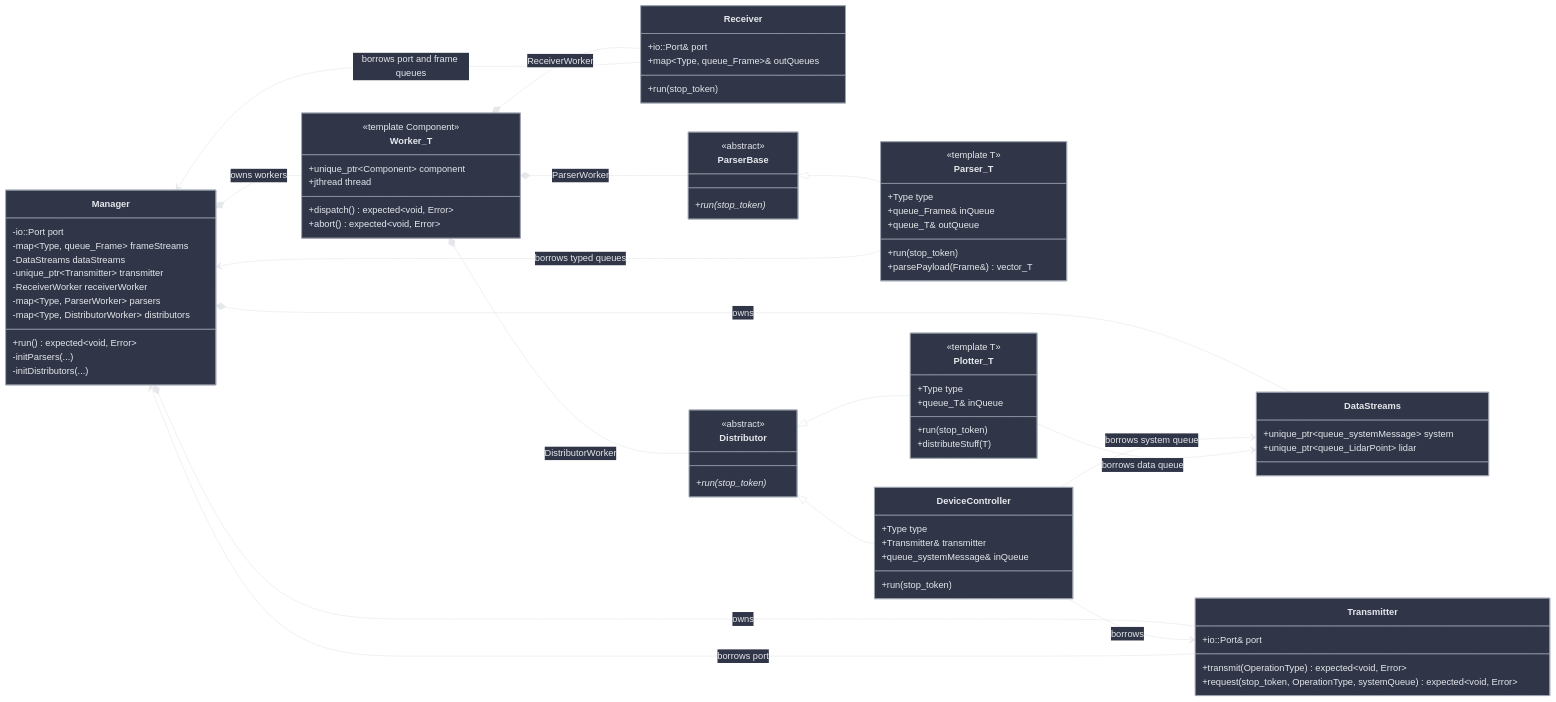
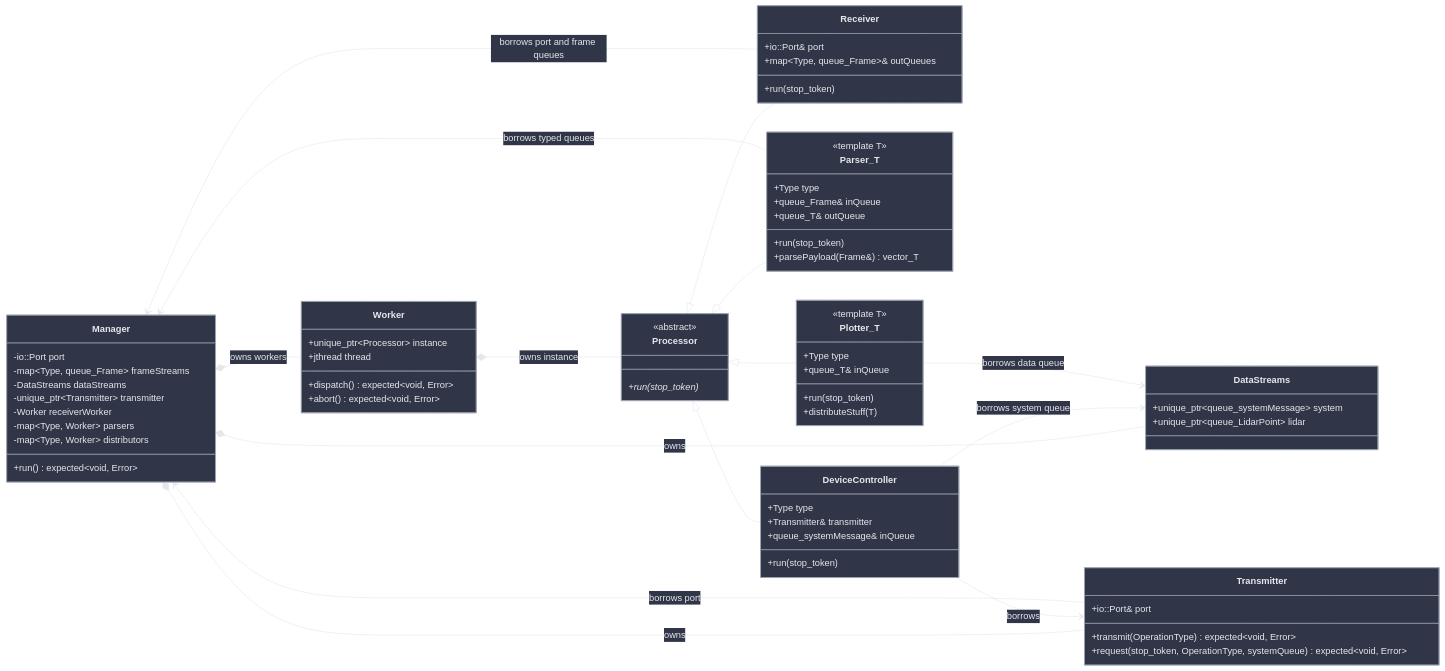
Before and after one commit to kei185/sensor-flow: the first of 3 diagrams in docs/architecture.md, drawn with Mermaid. The commit also changed other lines of this file and 10 other files, not shown here.

```diff
--- a/docs/architecture.md
+++ b/docs/architecture.md
@@ -14,17 +14,14 @@
         -map~Type, queue_Frame~ frameStreams
         -DataStreams dataStreams
         -unique_ptr~Transmitter~ transmitter
-        -ReceiverWorker receiverWorker
-        -map~Type, ParserWorker~ parsers
-        -map~Type, DistributorWorker~ distributors
+        -Worker receiverWorker
+        -map~Type, Worker~ parsers
+        -map~Type, Worker~ distributors
         +run() expected~void, Error~
-        -initParsers(...)
-        -initDistributors(...)
     }
 
-    class Worker_T {
-        <<template Component>>
-        +unique_ptr~Component~ component
+    class Worker {
+        +unique_ptr~Processor~ instance
         +jthread thread
         +dispatch() expected~void, Error~
         +abort() expected~void, Error~
@@ -41,7 +38,7 @@
         +run(stop_token)
     }
 
-    class ParserBase {
+    class Processor {
         <<abstract>>
         +run(stop_token)*
     }
@@ -53,11 +50,6 @@
         +queue_T& outQueue
         +run(stop_token)
         +parsePayload(Frame&) vector_T
-    }
-
-    class Distributor {
-        <<abstract>>
-        +run(stop_token)*
     }
 
     class DeviceController {
@@ -82,14 +74,13 @@
     }
 
     Manager *-- DataStreams : owns
-    Manager *-- Worker_T : owns workers
+    Manager *-- Worker : owns workers
     Manager *-- Transmitter : owns
-    Worker_T *-- Receiver : ReceiverWorker
-    Worker_T *-- ParserBase : ParserWorker
-    Worker_T *-- Distributor : DistributorWorker
-    ParserBase <|-- Parser_T
-    Distributor <|-- DeviceController
-    Distributor <|-- Plotter_T
+    Worker *-- Processor : owns instance
+    Processor <|-- Receiver
+    Processor <|-- Parser_T
+    Processor <|-- DeviceController
+    Processor <|-- Plotter_T
     Receiver --> Manager : borrows port and frame queues
     Parser_T --> Manager : borrows typed queues
     DeviceController --> Transmitter : borrows
```
